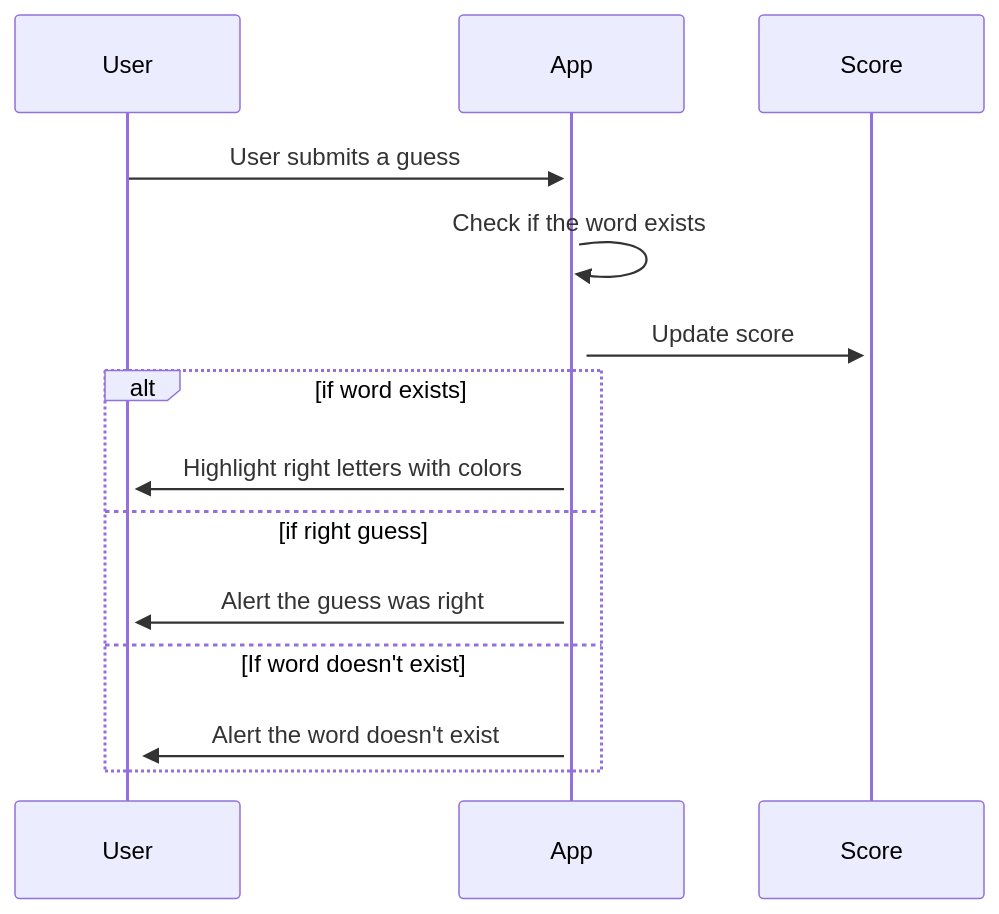
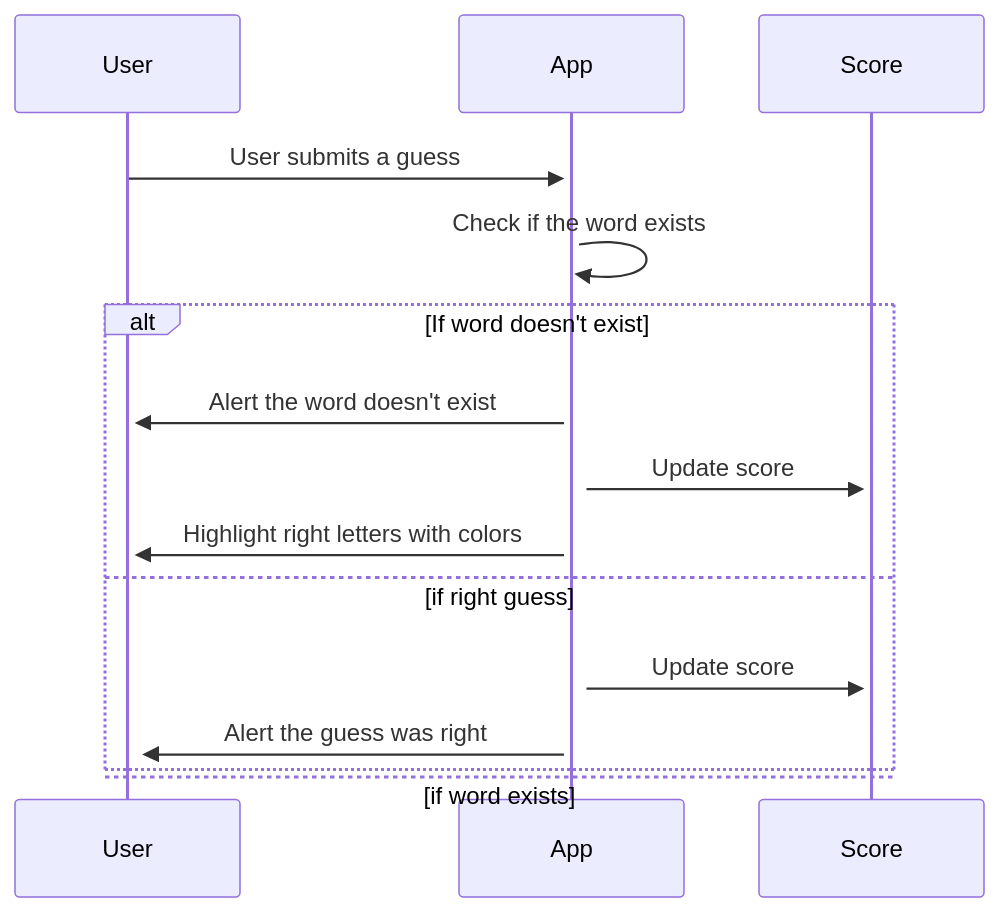
Before and after one commit to dorian-roux/DoLus-Sutom-APP: the first of 5 diagrams in README.md, drawn with Mermaid. The commit also changed other lines of this file and 19 other files, not shown here.

````diff
--- a/README.md
+++ b/README.md
@@ -75,13 +105,16 @@
 ```mermaid
 sequenceDiagram
     User->>+App: User submits a guess
     App->>+App: Check if the word exists
-    App->>+Score: Update score
-    alt if word exists
+    alt If word doesn't exist
+        App->>+User: Alert the word doesn't exist
+        App->>+Score: Update score
         App->>+User: Highlight right letters with colors
     else if right guess
+        App->>+Score: Update score
         App->>+User: Alert the guess was right
-    else If word doesn't exist
-        App->>+User: Alert the word doesn't exist
+    else if word exists
+        
+
 end
 ```
````
